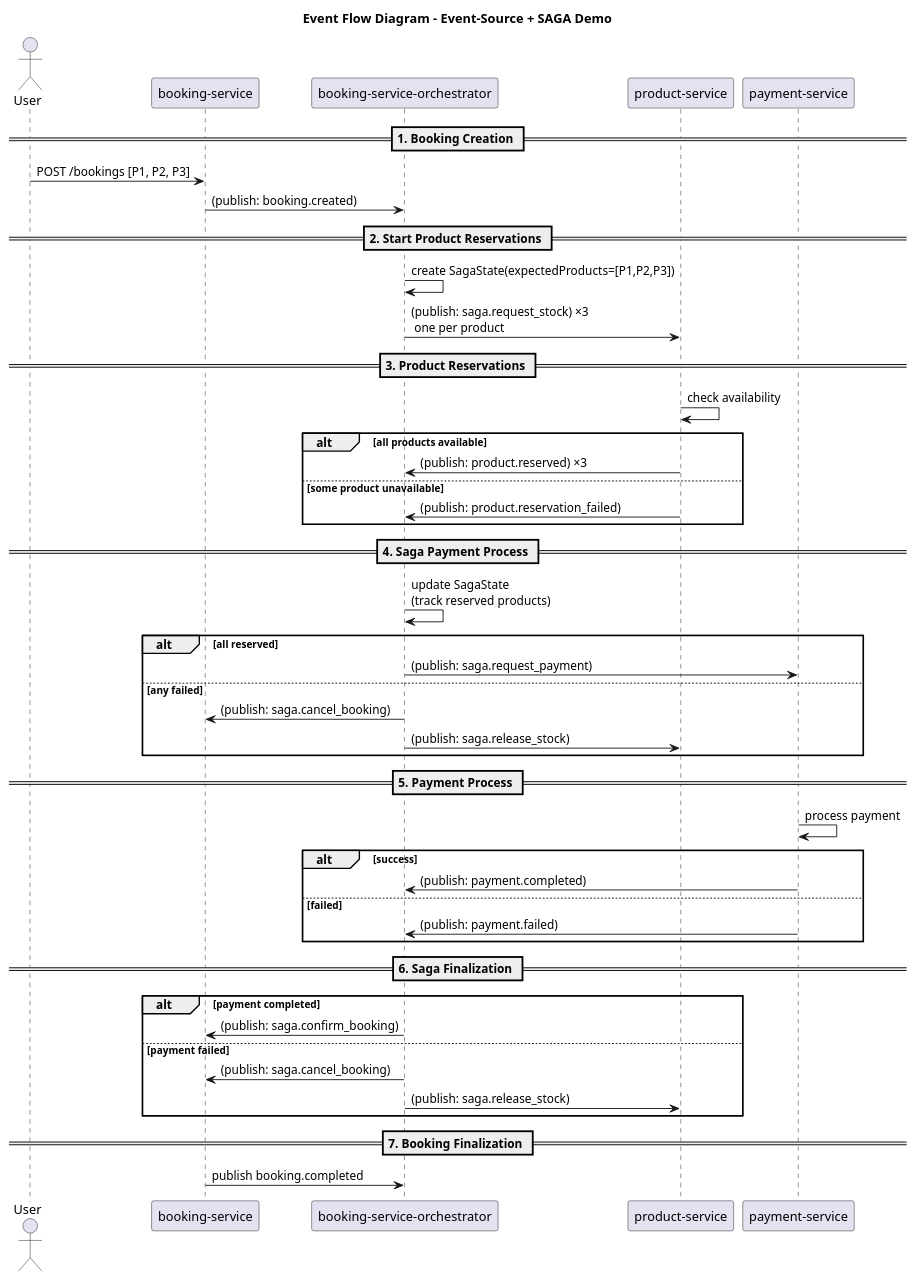
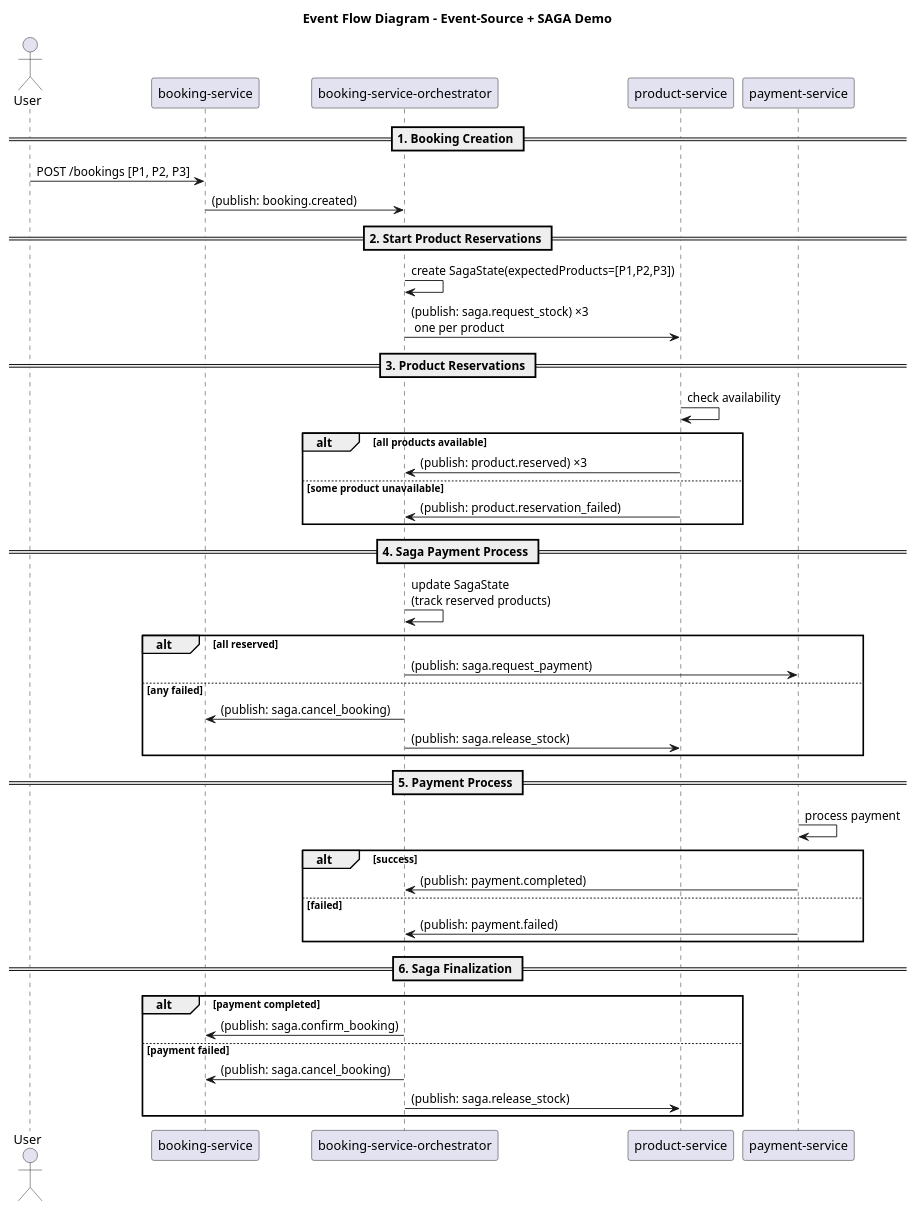
Before and after one commit to matiesmengo/event-sourcing-cqrs-demo: the diagram in docs/SAGA-diagram.puml, drawn with PlantUML. The commit also changed 13 other files, not shown here.

```diff
--- a/docs/SAGA-diagram.puml
+++ b/docs/SAGA-diagram.puml
@@ -1,54 +1,51 @@
 @startuml
 title Event Flow Diagram - Event-Source + SAGA Demo
 
 actor User
 participant "booking-service" as Booking
 participant "booking-service-orchestrator" as Saga
 participant "product-service" as Product
 participant "payment-service" as Payment
 
 == 1. Booking Creation ==
 User -> Booking : POST /bookings [P1, P2, P3]
 Booking -> Saga : (publish: booking.created)
 
 == 2. Start Product Reservations ==
 Saga -> Saga : create SagaState(expectedProducts=[P1,P2,P3])
 Saga -> Product : (publish: saga.request_stock) ×3 \n one per product
 
 == 3. Product Reservations ==
 Product -> Product : check availability
 alt all products available
     Product -> Saga : (publish: product.reserved) ×3
 else some product unavailable
     Product -> Saga : (publish: product.reservation_failed)
 end
 
 == 4. Saga Payment Process ==
 Saga -> Saga : update SagaState\n(track reserved products)
 alt all reserved
     Saga -> Payment : (publish: saga.request_payment)
 else any failed
     Saga -> Booking : (publish: saga.cancel_booking)
     Saga -> Product : (publish: saga.release_stock)
 end
 
 == 5. Payment Process ==
 Payment -> Payment : process payment
 alt success
     Payment -> Saga : (publish: payment.completed)
 else failed
     Payment -> Saga : (publish: payment.failed)
 end
 
 == 6. Saga Finalization ==
 alt payment completed
     Saga -> Booking : (publish: saga.confirm_booking)
 else payment failed
     Saga -> Booking : (publish: saga.cancel_booking)
     Saga -> Product : (publish: saga.release_stock)
 end
 
-== 7. Booking Finalization ==
-Booking -> Saga : publish booking.completed
-
 @enduml
```
